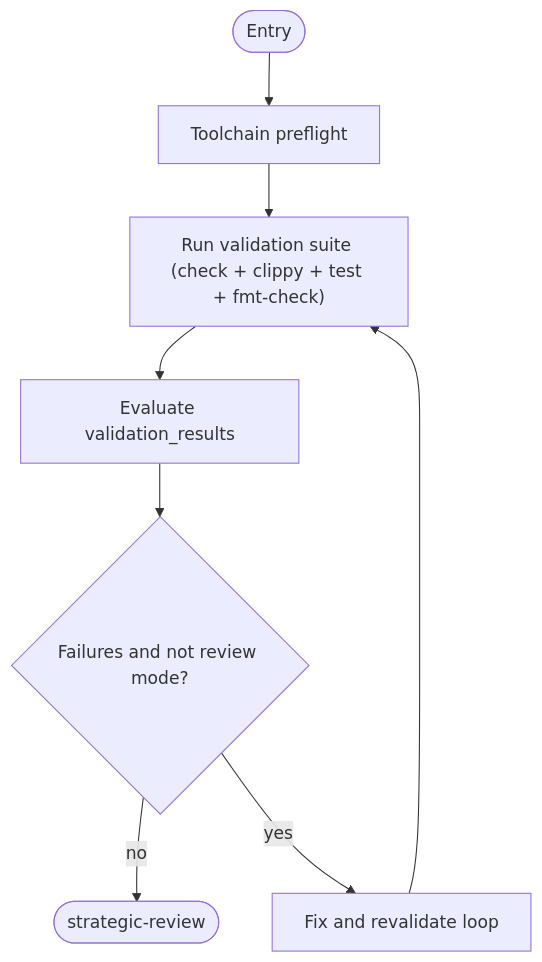
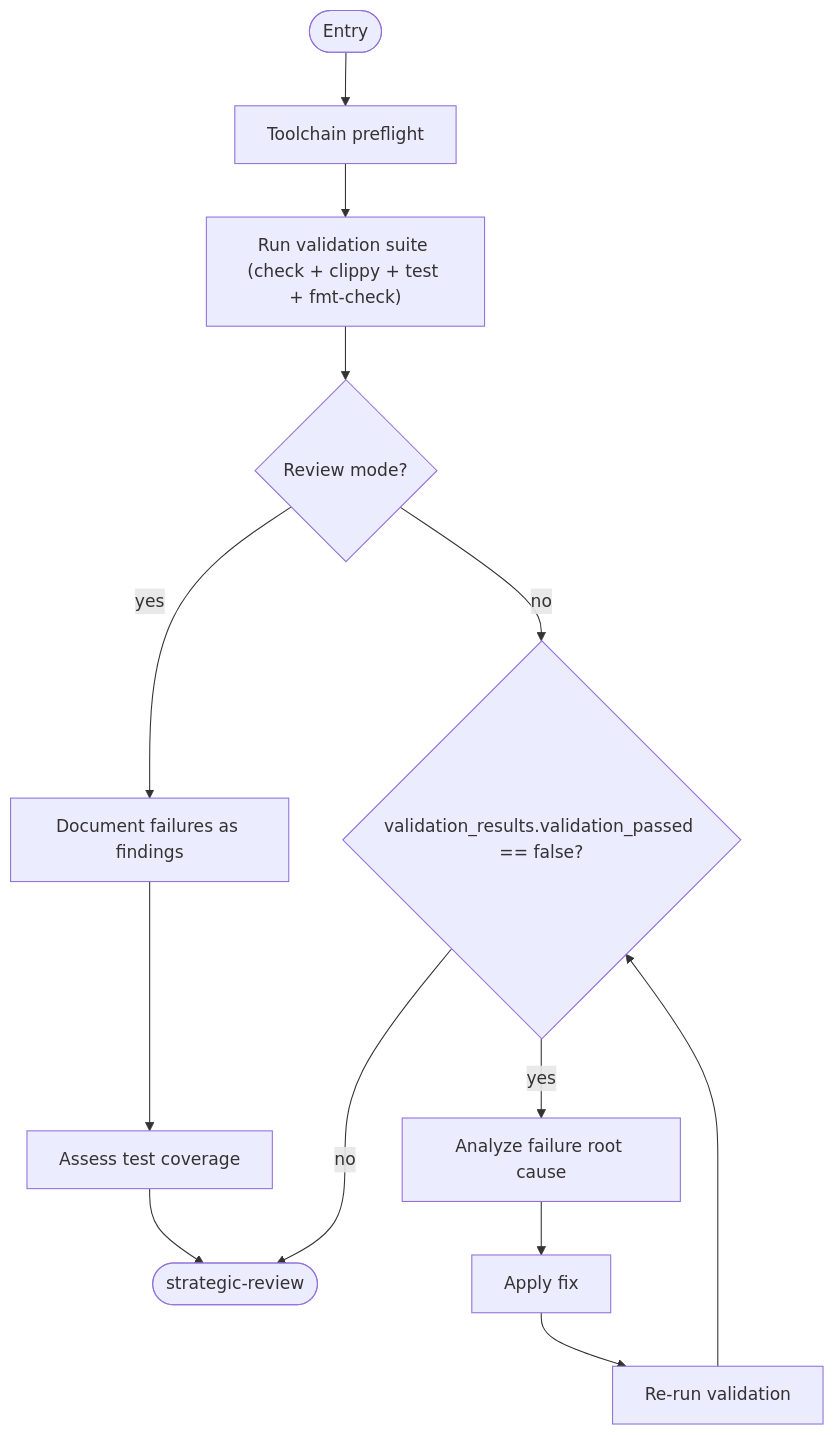
Before and after one commit to m2ux/workflow-server: the tenth of 14 diagrams in work-package/activities/README.md, drawn with Mermaid. The commit also changed other lines of this file and 48 other files, not shown here.

````diff
--- a/work-package/activities/README.md
+++ b/work-package/activities/README.md
@@ -703,10 +676,15 @@
 ```mermaid
 graph TD
     entryNode(["Entry"]) --> preflight["Toolchain preflight"]
     preflight --> runSuite["Run validation suite (check + clippy + test + fmt-check)"]
-    runSuite --> evaluateResults["Evaluate validation_results"]
-    evaluateResults --> fixBranch{"Failures and not review mode?"}
-    fixBranch -->|"no"| exitNode(["strategic-review"])
-    fixBranch -->|"yes"| fixFailures["Fix and revalidate loop"]
-    fixFailures --> runSuite
+    runSuite --> reviewMode{"Review mode?"}
+    reviewMode -->|"yes"| documentFailures["Document failures as findings"]
+    documentFailures --> assessCoverage["Assess test coverage"]
+    assessCoverage --> exitNode(["strategic-review"])
+    reviewMode -->|"no"| fixBranch{"validation_results.validation_passed == false?"}
+    fixBranch -->|"no"| exitNode
+    fixBranch -->|"yes"| analyzeFailure["Analyze failure root cause"]
+    analyzeFailure --> applyFix["Apply fix"]
+    applyFix --> revalidate["Re-run validation"]
+    revalidate --> fixBranch
 ```
````
